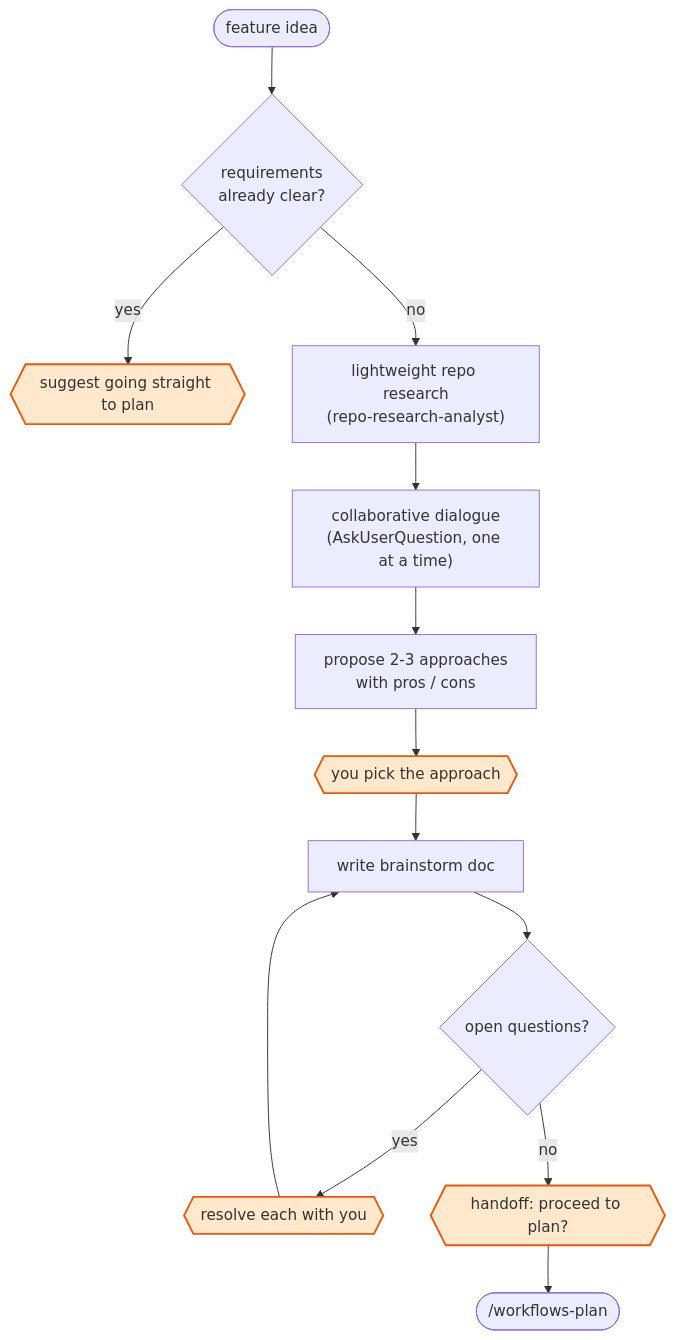
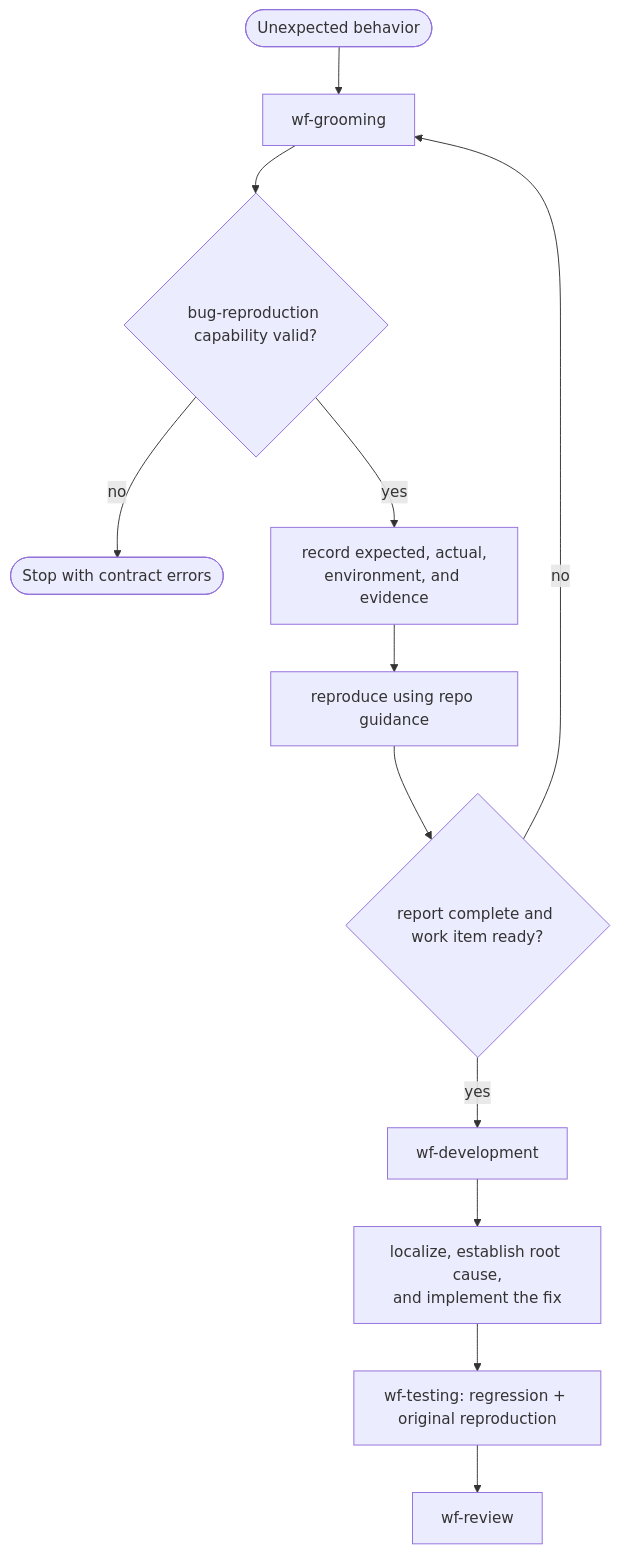
The fourth of 7 diagrams in plugins/agentic-engineering/FLOWS.md (Life-With-Data/agentic-engineering), drawn with Mermaid before and after one commit. The commit also changed other lines of this file and 282 other files, not shown here.

````diff
--- a/plugins/agentic-engineering/FLOWS.md
+++ b/plugins/agentic-engineering/FLOWS.md
@@ -181,18 +57,14 @@
 ```mermaid
 flowchart TD
-    start([feature idea]) --> clarity{"requirements<br/>already clear?"}
-    clarity -->|yes| suggest{{"suggest going straight to plan"}}
-    clarity -->|no| research["lightweight repo research<br/>(repo-research-analyst)"]
-    research --> dialogue["collaborative dialogue<br/>(AskUserQuestion, one at a time)"]
-    dialogue --> approaches["propose 2-3 approaches<br/>with pros / cons"]
-    approaches --> pick{{"you pick the approach"}}
-    pick --> capture["write brainstorm doc"]
-    capture --> open{"open questions?"}
-    open -->|yes| resolve{{"resolve each with you"}}
-    resolve --> capture
-    open -->|no| handoff{{"handoff: proceed to plan?"}}
-    handoff --> plan(["/workflows-plan"])
-
-    classDef gate fill:#ffe8cc,stroke:#e8590c,stroke-width:2px;
-    class suggest,pick,resolve,handoff gate
+    report([Unexpected behavior]) --> G["wf-grooming"]
+    G --> contract{"bug-reproduction capability valid?"}
+    contract -->|no| stop([Stop with contract errors])
+    contract -->|yes| evidence["record expected, actual,<br/>environment, and evidence"]
+    evidence --> reproduce["reproduce using repo guidance"]
+    reproduce --> groom{"report complete and work item ready?"}
+    groom -->|no| G
+    groom -->|yes| D["wf-development"]
+    D --> root["localize, establish root cause,<br/>and implement the fix"]
+    root --> T["wf-testing: regression + original reproduction"]
+    T --> R["wf-review"]
 ```
````
